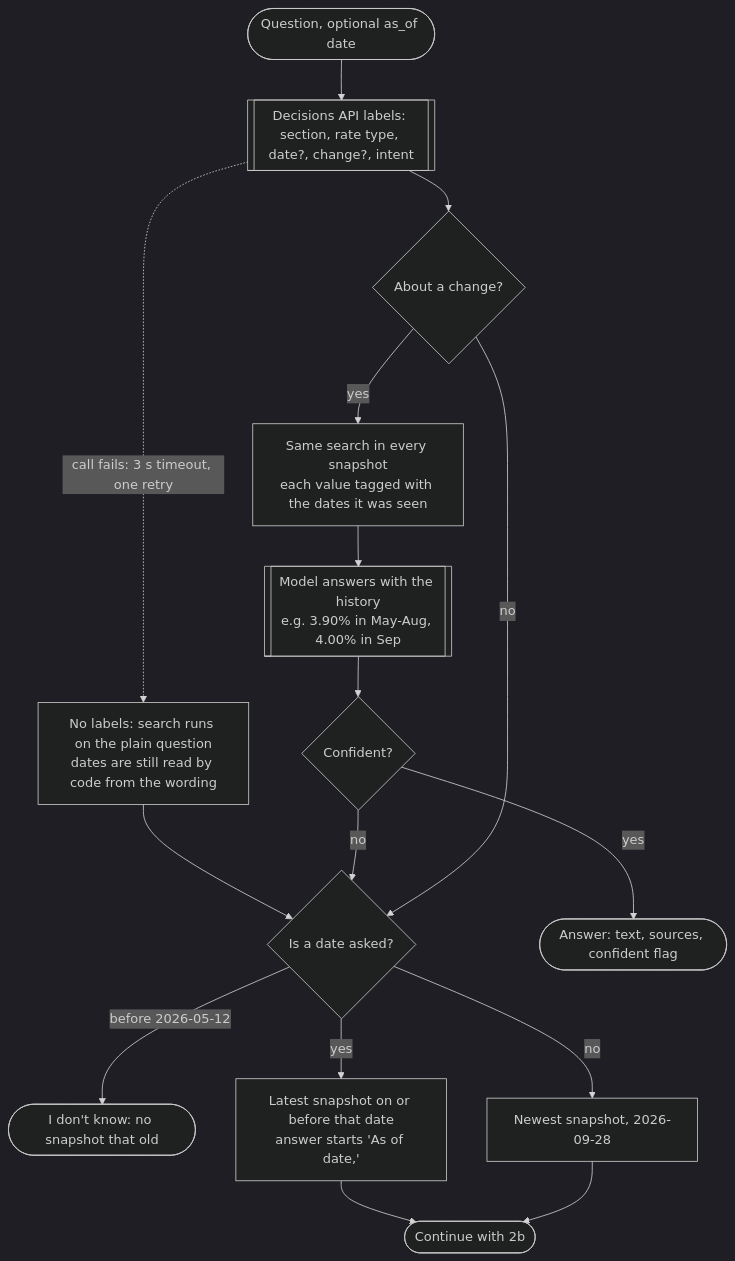
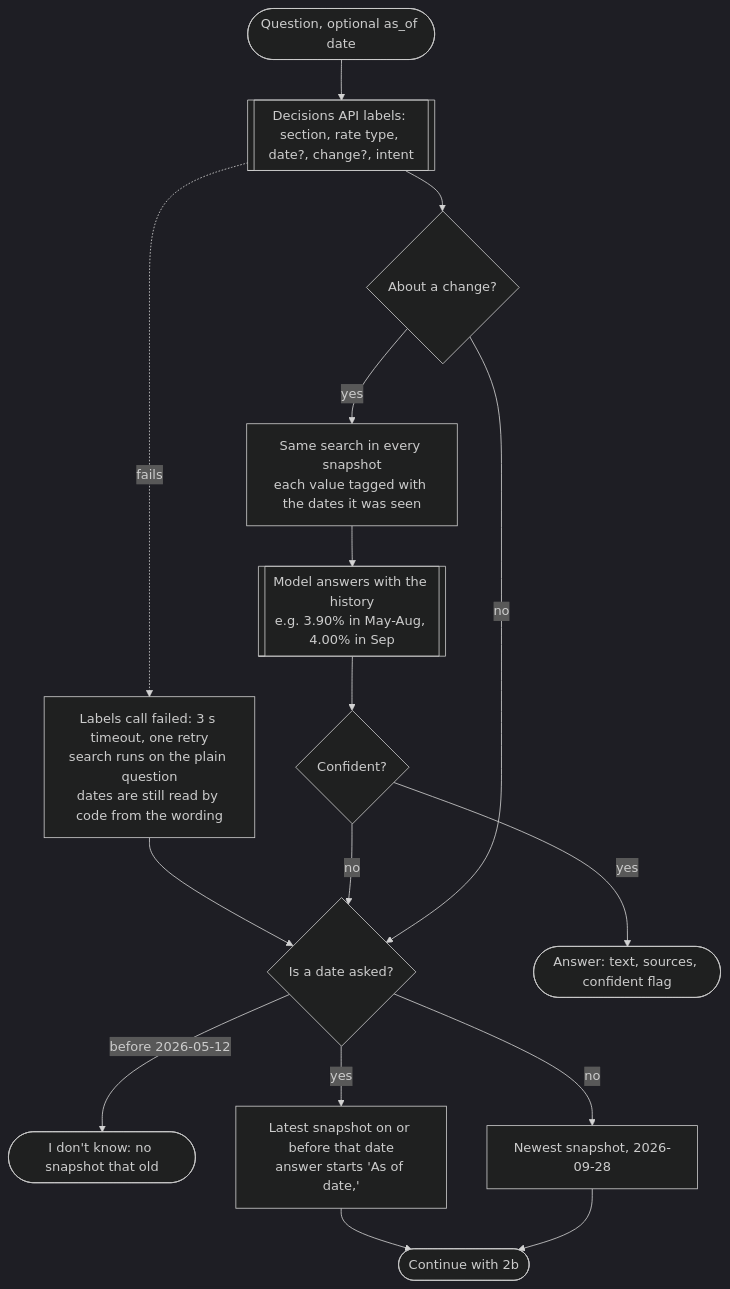
The second of 4 diagrams in workflow.md (ajayp/interface-submission), drawn with Mermaid (dark theme) before and after one commit. The commit also changed other lines of this file and 1 other file, not shown here.

First line of the commit message:
Docs: shorten long Mermaid edge labels in workflow.md and README.md

````diff
--- a/workflow.md
+++ b/workflow.md
@@ -51,18 +51,18 @@
 ```mermaid
 flowchart TD
     Q([Question, optional as_of date]) --> LAB[[Decisions API labels: section, rate type, date?, change?, intent]]
-    LAB -. call fails: 3 s timeout, one retry .-> NOLAB[No labels: search runs on the plain question<br/>dates are still read by code from the wording]
+    LAB -. fails .-> NOLAB[Labels call failed: 3 s timeout, one retry<br/>search runs on the plain question<br/>dates are still read by code from the wording]
     NOLAB --> DATE
     LAB --> CHG{About a change?}
     CHG -- yes --> HIST[Same search in every snapshot<br/>each value tagged with the dates it was seen]
     HIST --> HANS[[Model answers with the history<br/>e.g. 3.90% in May-Aug, 4.00% in Sep]]
     HANS --> HOK{Confident?}
     HOK -- yes --> OUT([Answer: text, sources, confident flag])
     HOK -- no --> DATE
     CHG -- no --> DATE{Is a date asked?}
     DATE -- before 2026-05-12 --> IDK1([I don't know: no snapshot that old])
     DATE -- yes --> PAST[Latest snapshot on or before that date<br/>answer starts 'As of date,']
     DATE -- no --> NEW[Newest snapshot, 2026-09-28]
     PAST --> NEXT([Continue with 2b])
     NEW --> NEXT
 ```
````
